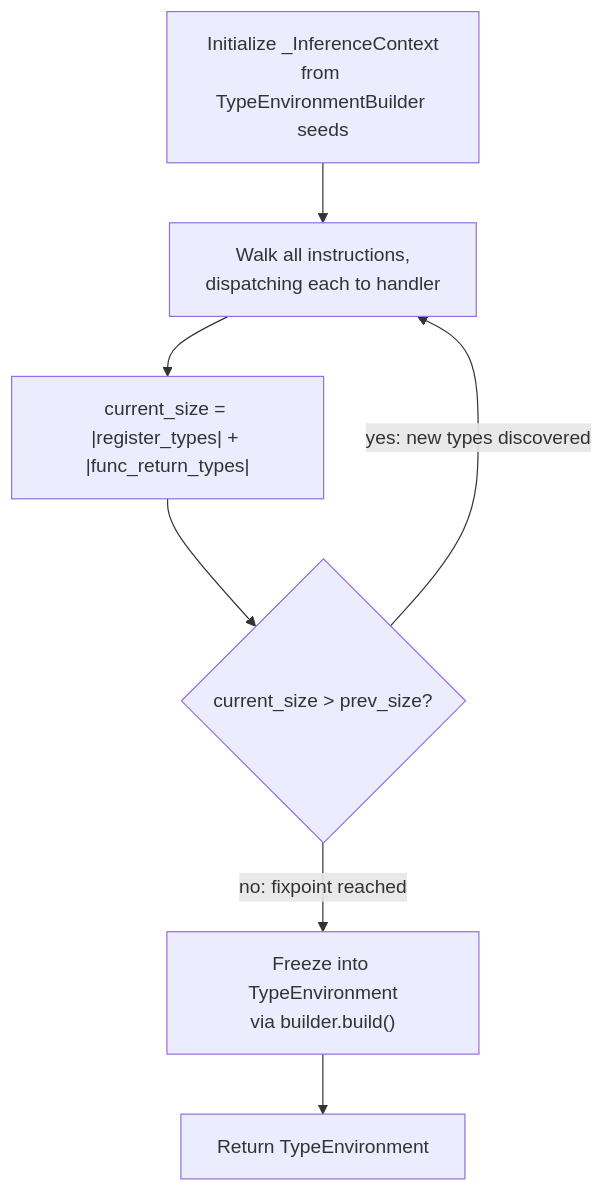
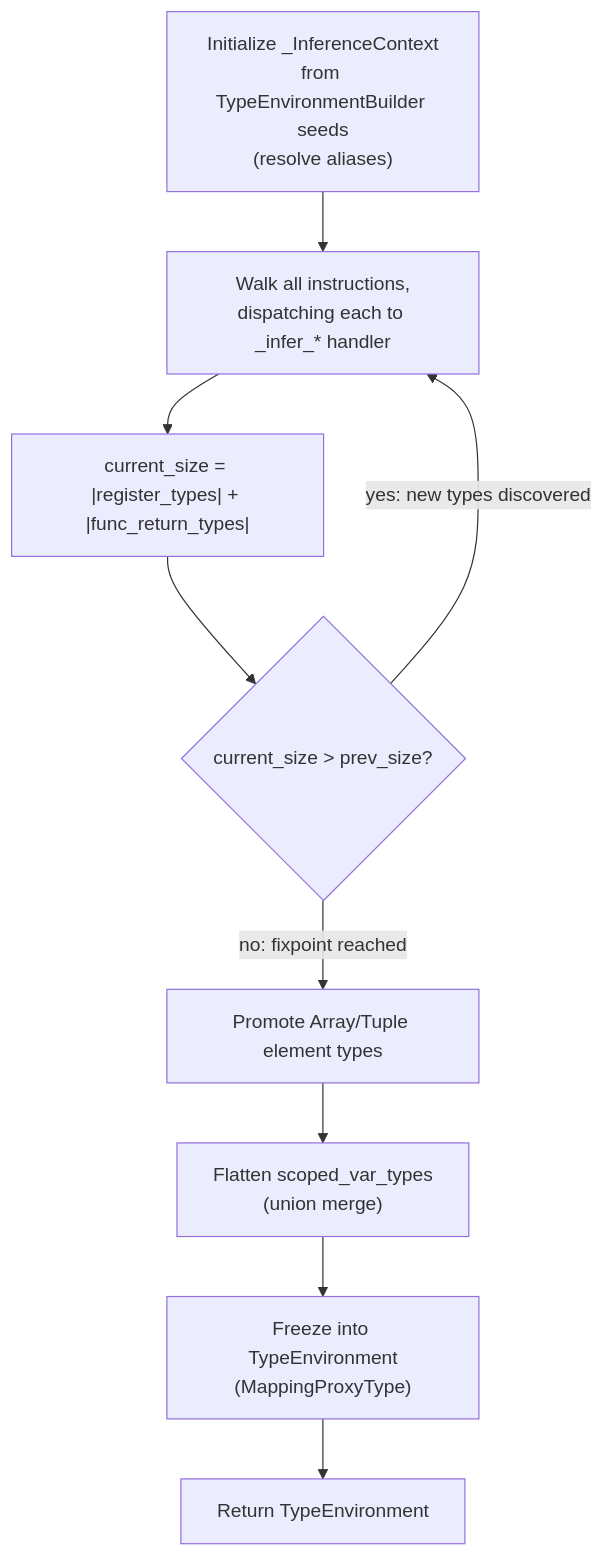
The sixth of 10 diagrams in docs/type-system.md (avishek-sen-gupta/red-dragon), drawn with Mermaid before and after one commit. The commit also changed other lines of this file, not shown here.

First line of the commit message:
Expand type system design doc from 553 to 1300 lines with comprehensive detail

````diff
--- a/docs/type-system.md
+++ b/docs/type-system.md
@@ -267,16 +676,20 @@
 ```mermaid
 flowchart TD
-    INIT["Initialize _InferenceContext<br/>from TypeEnvironmentBuilder seeds"]
-    WALK["Walk all instructions,<br/>dispatching each to handler"]
+    INIT["Initialize _InferenceContext<br/>from TypeEnvironmentBuilder seeds<br/>(resolve aliases)"]
+    WALK["Walk all instructions,<br/>dispatching each to _infer_* handler"]
     SIZE["current_size = |register_types| + |func_return_types|"]
     CMP{current_size > prev_size?}
-    BUILD["Freeze into TypeEnvironment<br/>via builder.build()"]
+    PROMOTE["Promote Array/Tuple element types"]
+    FLAT["Flatten scoped_var_types<br/>(union merge)"]
+    BUILD["Freeze into TypeEnvironment<br/>(MappingProxyType)"]
     RET["Return TypeEnvironment"]
 
     INIT --> WALK
     WALK --> SIZE
     SIZE --> CMP
     CMP -->|yes: new types discovered| WALK
-    CMP -->|no: fixpoint reached| BUILD
+    CMP -->|no: fixpoint reached| PROMOTE
+    PROMOTE --> FLAT
+    FLAT --> BUILD
     BUILD --> RET
 ```
````
